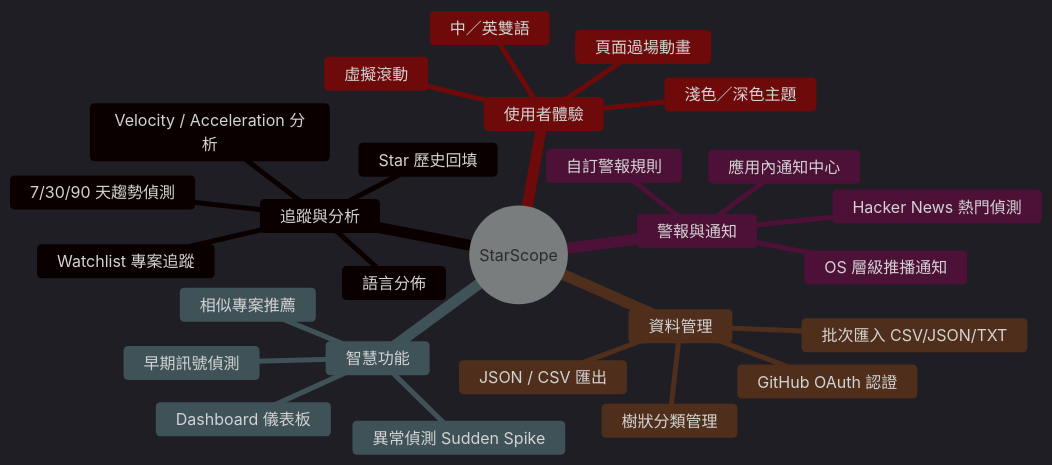
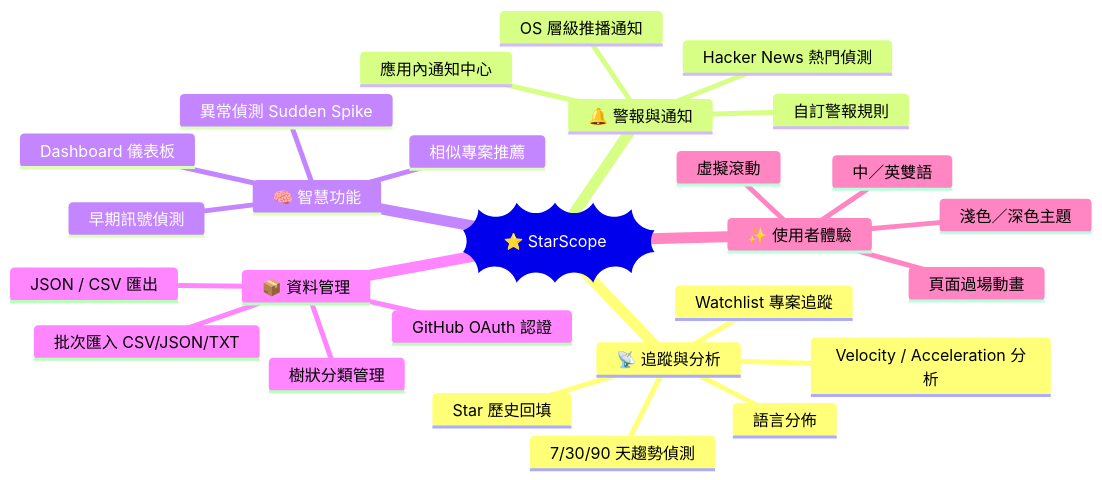
The first of 2 diagrams in README.md (Neal75418/StarScope), drawn with Mermaid before and after one commit. The commit also changed other lines of this file and 1 other file, not shown here.

````diff
--- a/README.md
+++ b/README.md
@@ -41,31 +34,30 @@
 ```mermaid
-%%{init: {'theme': 'dark'}}%%
 mindmap
-  root((StarScope))
-    追蹤與分析
+  root))⭐ StarScope((
+    📡 追蹤與分析
       Watchlist 專案追蹤
       Velocity / Acceleration 分析
       7/30/90 天趨勢偵測
       Star 歷史回填
       語言分佈
-    警報與通知
+    🔔 警報與通知
       自訂警報規則
       應用內通知中心
       OS 層級推播通知
       Hacker News 熱門偵測
-    智慧功能
+    🧠 智慧功能
       相似專案推薦
       早期訊號偵測
       異常偵測 Sudden Spike
       Dashboard 儀表板
-    資料管理
+    📦 資料管理
       批次匯入 CSV/JSON/TXT
       JSON / CSV 匯出
       樹狀分類管理
       GitHub OAuth 認證
-    使用者體驗
+    ✨ 使用者體驗
       中／英雙語
       淺色／深色主題
       虛擬滾動
       頁面過場動畫
 ```
````
